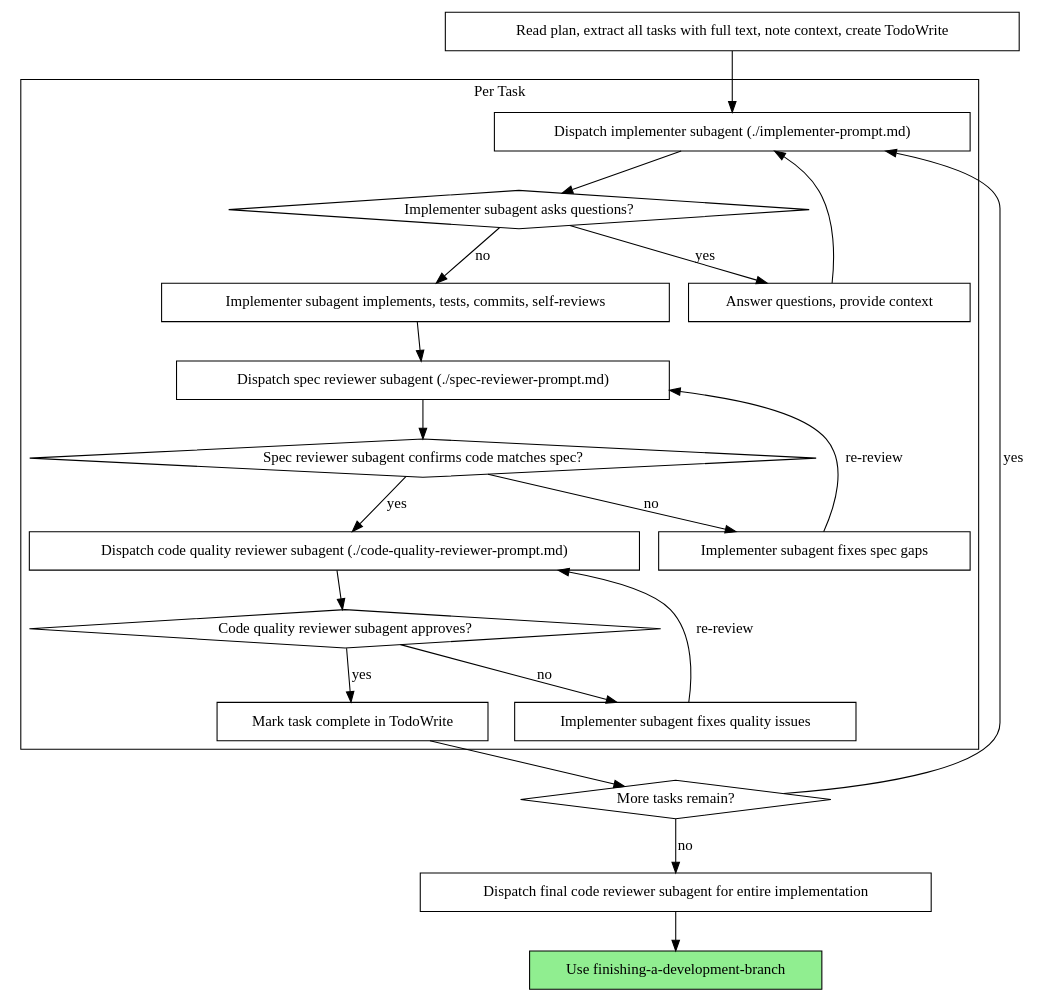
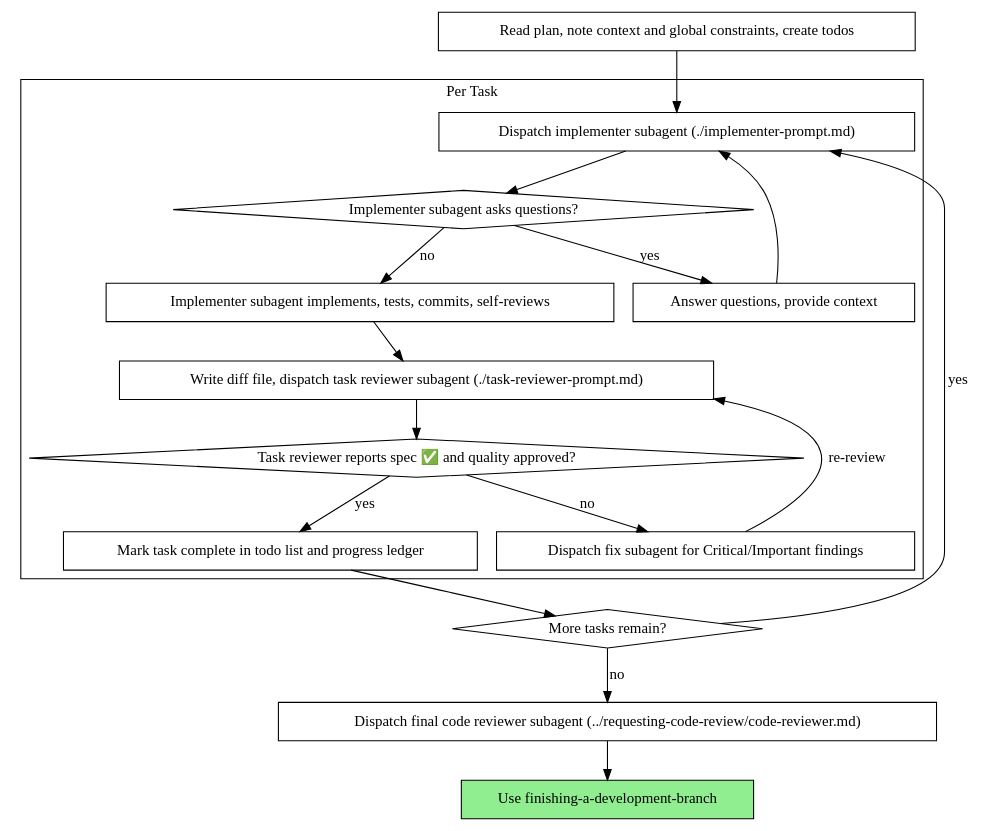
One commit to tigers1997/ClaudeCodeConfigurator changed the second of 2 diagrams in templates/discipline-skills/subagent-driven-development/SKILL.md. Above: the diagram before and after it, drawn with Graphviz. The commit also changed other lines of this file and 23 other files, not shown here.

````diff
--- a/templates/discipline-skills/subagent-driven-development/SKILL.md
+++ b/templates/discipline-skills/subagent-driven-development/SKILL.md
@@ -44,44 +47,37 @@
 ```dot
 digraph process {
     rankdir=TB;
 
     subgraph cluster_per_task {
         label="Per Task";
         "Dispatch implementer subagent (./implementer-prompt.md)" [shape=box];
         "Implementer subagent asks questions?" [shape=diamond];
         "Answer questions, provide context" [shape=box];
         "Implementer subagent implements, tests, commits, self-reviews" [shape=box];
-        "Dispatch spec reviewer subagent (./spec-reviewer-prompt.md)" [shape=box];
-        "Spec reviewer subagent confirms code matches spec?" [shape=diamond];
-        "Implementer subagent fixes spec gaps" [shape=box];
-        "Dispatch code quality reviewer subagent (./code-quality-reviewer-prompt.md)" [shape=box];
-        "Code quality reviewer subagent approves?" [shape=diamond];
-        "Implementer subagent fixes quality issues" [shape=box];
-        "Mark task complete in TodoWrite" [shape=box];
+        "Write diff file, dispatch task reviewer subagent (./task-reviewer-prompt.md)" [shape=box];
+        "Task reviewer reports spec ✅ and quality approved?" [shape=diamond];
+        "Dispatch fix subagent for Critical/Important findings" [shape=box];
+        "Mark task complete in todo list and progress ledger" [shape=box];
     }
 
-    "Read plan, extract all tasks with full text, note context, create TodoWrite" [shape=box];
+    "Read plan, note context and global constraints, create todos" [shape=box];
     "More tasks remain?" [shape=diamond];
-    "Dispatch final code reviewer subagent for entire implementation" [shape=box];
+    "Dispatch final code reviewer subagent (../requesting-code-review/code-reviewer.md)" [shape=box];
     "Use finishing-a-development-branch" [shape=box style=filled fillcolor=lightgreen];
 
-    "Read plan, extract all tasks with full text, note context, create TodoWrite" -> "Dispatch implementer subagent (./implementer-prompt.md)";
+    "Read plan, note context and global constraints, create todos" -> "Dispatch implementer subagent (./implementer-prompt.md)";
     "Dispatch implementer subagent (./implementer-prompt.md)" -> "Implementer subagent asks questions?";
     "Implementer subagent asks questions?" -> "Answer questions, provide context" [label="yes"];
     "Answer questions, provide context" -> "Dispatch implementer subagent (./implementer-prompt.md)";
     "Implementer subagent asks questions?" -> "Implementer subagent implements, tests, commits, self-reviews" [label="no"];
-    "Implementer subagent implements, tests, commits, self-reviews" -> "Dispatch spec reviewer subagent (./spec-reviewer-prompt.md)";
-    "Dispatch spec reviewer subagent (./spec-reviewer-prompt.md)" -> "Spec reviewer subagent confirms code matches spec?";
-    "Spec reviewer subagent confirms code matches spec?" -> "Implementer subagent fixes spec gaps" [label="no"];
-    "Implementer subagent fixes spec gaps" -> "Dispatch spec reviewer subagent (./spec-reviewer-prompt.md)" [label="re-review"];
-    "Spec reviewer subagent confirms code matches spec?" -> "Dispatch code quality reviewer subagent (./code-quality-reviewer-prompt.md)" [label="yes"];
-    "Dispatch code quality reviewer subagent (./code-quality-reviewer-prompt.md)" -> "Code quality reviewer subagent approves?";
-    "Code quality reviewer subagent approves?" -> "Implementer subagent fixes quality issues" [label="no"];
-    "Implementer subagent fixes quality issues" -> "Dispatch code quality reviewer subagent (./code-quality-reviewer-prompt.md)" [label="re-review"];
-    "Code quality reviewer subagent approves?" -> "Mark task complete in TodoWrite" [label="yes"];
-    "Mark task complete in TodoWrite" -> "More tasks remain?";
+    "Implementer subagent implements, tests, commits, self-reviews" -> "Write diff file, dispatch task reviewer subagent (./task-reviewer-prompt.md)";
+    "Write diff file, dispatch task reviewer subagent (./task-reviewer-prompt.md)" -> "Task reviewer reports spec ✅ and quality approved?";
+    "Task reviewer reports spec ✅ and quality approved?" -> "Dispatch fix subagent for Critical/Important findings" [label="no"];
+    "Dispatch fix subagent for Critical/Important findings" -> "Write diff file, dispatch task reviewer subagent (./task-reviewer-prompt.md)" [label="re-review"];
+    "Task reviewer reports spec ✅ and quality approved?" -> "Mark task complete in todo list and progress ledger" [label="yes"];
+    "Mark task complete in todo list and progress ledger" -> "More tasks remain?";
     "More tasks remain?" -> "Dispatch implementer subagent (./implementer-prompt.md)" [label="yes"];
-    "More tasks remain?" -> "Dispatch final code reviewer subagent for entire implementation" [label="no"];
-    "Dispatch final code reviewer subagent for entire implementation" -> "Use finishing-a-development-branch";
+    "More tasks remain?" -> "Dispatch final code reviewer subagent (../requesting-code-review/code-reviewer.md)" [label="no"];
+    "Dispatch final code reviewer subagent (../requesting-code-review/code-reviewer.md)" -> "Use finishing-a-development-branch";
 }
 ```
````
